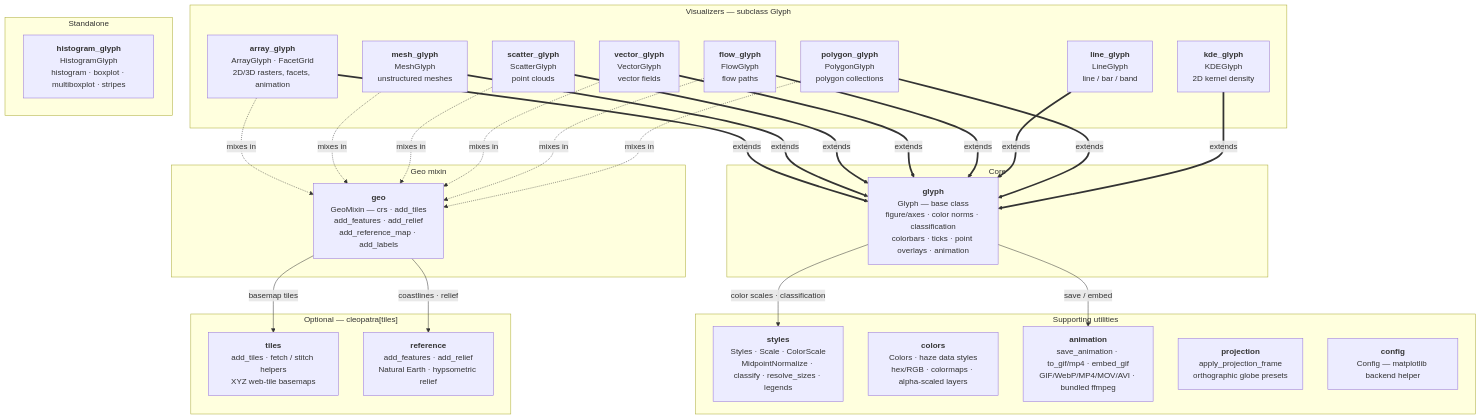
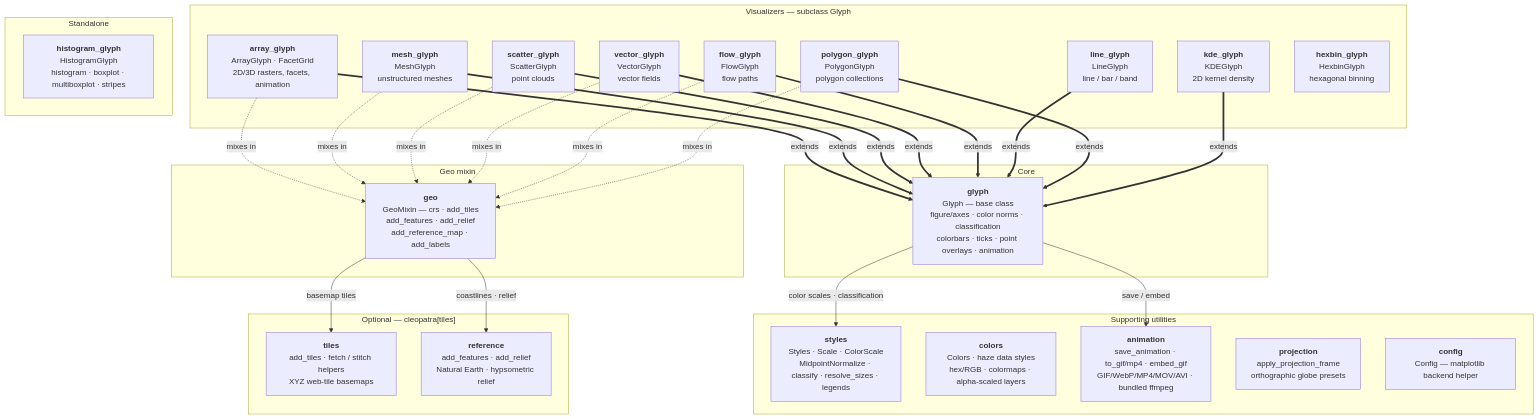
Before and after one commit to serapeum-org/cleopatra: the diagram in docs/index.md, drawn with Mermaid. The commit also changed other lines of this file and 9 other files, not shown here.

````diff
--- a/docs/index.md
+++ b/docs/index.md
@@ -22,45 +22,46 @@
 ```mermaid
 graph TD
     subgraph core["Core"]
         glyph["<b>glyph</b><br/>Glyph — base class<br/>figure/axes · color norms · classification<br/>colorbars · ticks · point overlays · animation"]
     end
 
     subgraph geomixin["Geo mixin"]
         geo["<b>geo</b><br/>GeoMixin — crs · add_tiles<br/>add_features · add_relief<br/>add_reference_map · add_labels"]
     end
 
     subgraph visualizers["Visualizers — subclass Glyph"]
         array_glyph["<b>array_glyph</b><br/>ArrayGlyph · FacetGrid<br/>2D/3D rasters, facets, animation"]
         mesh_glyph["<b>mesh_glyph</b><br/>MeshGlyph<br/>unstructured meshes"]
         scatter_glyph["<b>scatter_glyph</b><br/>ScatterGlyph<br/>point clouds"]
         vector_glyph["<b>vector_glyph</b><br/>VectorGlyph<br/>vector fields"]
         flow_glyph["<b>flow_glyph</b><br/>FlowGlyph<br/>flow paths"]
         line_glyph["<b>line_glyph</b><br/>LineGlyph<br/>line / bar / band"]
         polygon_glyph["<b>polygon_glyph</b><br/>PolygonGlyph<br/>polygon collections"]
         kde_glyph["<b>kde_glyph</b><br/>KDEGlyph<br/>2D kernel density"]
+        hexbin_glyph["<b>hexbin_glyph</b><br/>HexbinGlyph<br/>hexagonal binning"]
     end
 
     subgraph standalone["Standalone"]
         histogram_glyph["<b>histogram_glyph</b><br/>HistogramGlyph<br/>histogram · boxplot · multiboxplot · stripes"]
     end
 
     subgraph support["Supporting utilities"]
         styles["<b>styles</b><br/>Styles · Scale · ColorScale<br/>MidpointNormalize · classify · resolve_sizes · legends"]
         colors["<b>colors</b><br/>Colors · haze data styles<br/>hex/RGB · colormaps · alpha-scaled layers"]
         animation["<b>animation</b><br/>save_animation · to_gif/mp4 · embed_gif<br/>GIF/WebP/MP4/MOV/AVI · bundled ffmpeg"]
         projection["<b>projection</b><br/>apply_projection_frame<br/>orthographic globe presets"]
         config["<b>config</b><br/>Config — matplotlib backend helper"]
     end
 
     subgraph optional["Optional — cleopatra[tiles]"]
         tiles["<b>tiles</b><br/>add_tiles · fetch / stitch helpers<br/>XYZ web-tile basemaps"]
         reference["<b>reference</b><br/>add_features · add_relief<br/>Natural Earth · hypsometric relief"]
     end
 
     array_glyph & mesh_glyph & scatter_glyph & vector_glyph & flow_glyph & line_glyph & polygon_glyph & kde_glyph ==>|extends| glyph
     array_glyph & mesh_glyph & scatter_glyph & vector_glyph & flow_glyph & polygon_glyph -.->|mixes in| geo
     geo -->|basemap tiles| tiles
     geo -->|coastlines · relief| reference
     glyph -->|color scales · classification| styles
     glyph -->|save / embed| animation
 ```
````
